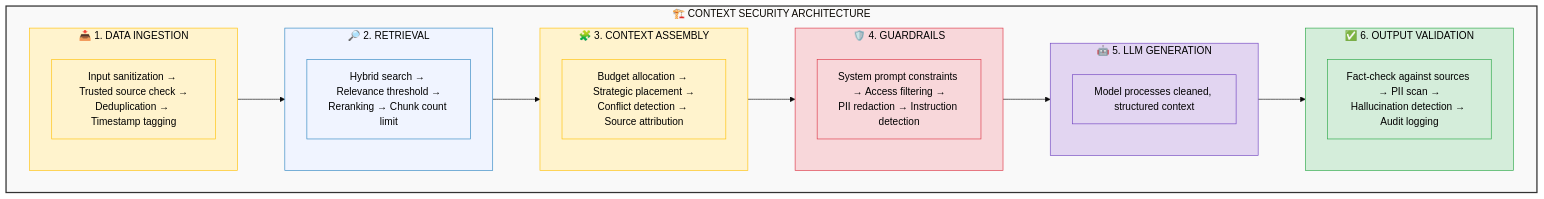
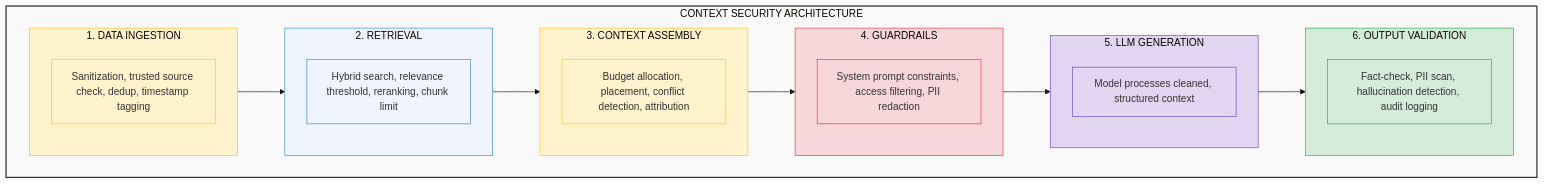
Before and after one commit to ithinktavo/GenAI-Engineering-Handbook: the fourth of 4 diagrams in docs/12-context-risks.md, drawn with Mermaid (base theme). The commit also changed other lines of this file and 9 other files, not shown here.

First line of the commit message:
Fix Mermaid rendering: remove emoji from subgraph titles and unsupported syntax

````diff
--- a/docs/12-context-risks.md
+++ b/docs/12-context-risks.md
@@ -249,39 +249,39 @@
 ```mermaid
 graph TD
-    subgraph arch["🏗️ CONTEXT SECURITY ARCHITECTURE"]
-        subgraph L1_ing["📥 1. DATA INGESTION"]
-            I1["Input sanitization → Trusted source check →\nDeduplication → Timestamp tagging"]
+    subgraph arch["CONTEXT SECURITY ARCHITECTURE"]
+        subgraph L1_ing["1. DATA INGESTION"]
+            I1["Sanitization, trusted source check, dedup, timestamp tagging"]
         end
-        subgraph L2_ret["🔎 2. RETRIEVAL"]
-            I2["Hybrid search → Relevance threshold →\nReranking → Chunk count limit"]
+        subgraph L2_ret["2. RETRIEVAL"]
+            I2["Hybrid search, relevance threshold, reranking, chunk limit"]
         end
-        subgraph L3_asm["🧩 3. CONTEXT ASSEMBLY"]
-            I3["Budget allocation → Strategic placement →\nConflict detection → Source attribution"]
+        subgraph L3_asm["3. CONTEXT ASSEMBLY"]
+            I3["Budget allocation, placement, conflict detection, attribution"]
         end
-        subgraph L4_guard["🛡️ 4. GUARDRAILS"]
-            I4["System prompt constraints → Access filtering →\nPII redaction → Instruction detection"]
+        subgraph L4_guard["4. GUARDRAILS"]
+            I4["System prompt constraints, access filtering, PII redaction"]
         end
-        subgraph L5_llm["🤖 5. LLM GENERATION"]
+        subgraph L5_llm["5. LLM GENERATION"]
             I5["Model processes cleaned, structured context"]
         end
-        subgraph L6_val["✅ 6. OUTPUT VALIDATION"]
-            I6["Fact-check against sources → PII scan →\nHallucination detection → Audit logging"]
+        subgraph L6_val["6. OUTPUT VALIDATION"]
+            I6["Fact-check, PII scan, hallucination detection, audit logging"]
         end
 
         L1_ing --> L2_ret --> L3_asm --> L4_guard --> L5_llm --> L6_val
     end
 
-    style L1_ing fill:#fff3cd,stroke:#ffc107,color:#000
-    style L2_ret fill:#f0f4ff,stroke:#2E86C1,color:#000
-    style L3_asm fill:#fff3cd,stroke:#ffc107,color:#000
-    style L4_guard fill:#f8d7da,stroke:#dc3545,color:#000
-    style L5_llm fill:#e2d5f1,stroke:#6f42c1,color:#000
-    style L6_val fill:#d4edda,stroke:#28a745,color:#000
-    style I1 fill:#fff3cd,stroke:#ffc107,color:#000
-    style I2 fill:#f0f4ff,stroke:#2E86C1,color:#000
-    style I3 fill:#fff3cd,stroke:#ffc107,color:#000
-    style I4 fill:#f8d7da,stroke:#dc3545,color:#000
-    style I5 fill:#e2d5f1,stroke:#6f42c1,color:#000
-    style I6 fill:#d4edda,stroke:#28a745,color:#000
+    style L1_ing fill:#fff3cd,stroke:#ffc107
+    style L2_ret fill:#f0f4ff,stroke:#2E86C1
+    style L3_asm fill:#fff3cd,stroke:#ffc107
+    style L4_guard fill:#f8d7da,stroke:#dc3545
+    style L5_llm fill:#e2d5f1,stroke:#6f42c1
+    style L6_val fill:#d4edda,stroke:#28a745
+    style I1 fill:#fff3cd,stroke:#ffc107
+    style I2 fill:#f0f4ff,stroke:#2E86C1
+    style I3 fill:#fff3cd,stroke:#ffc107
+    style I4 fill:#f8d7da,stroke:#dc3545
+    style I5 fill:#e2d5f1,stroke:#6f42c1
+    style I6 fill:#d4edda,stroke:#28a745
     style arch fill:#f9f9f9,stroke:#333,stroke-width:2px
 ```
````
